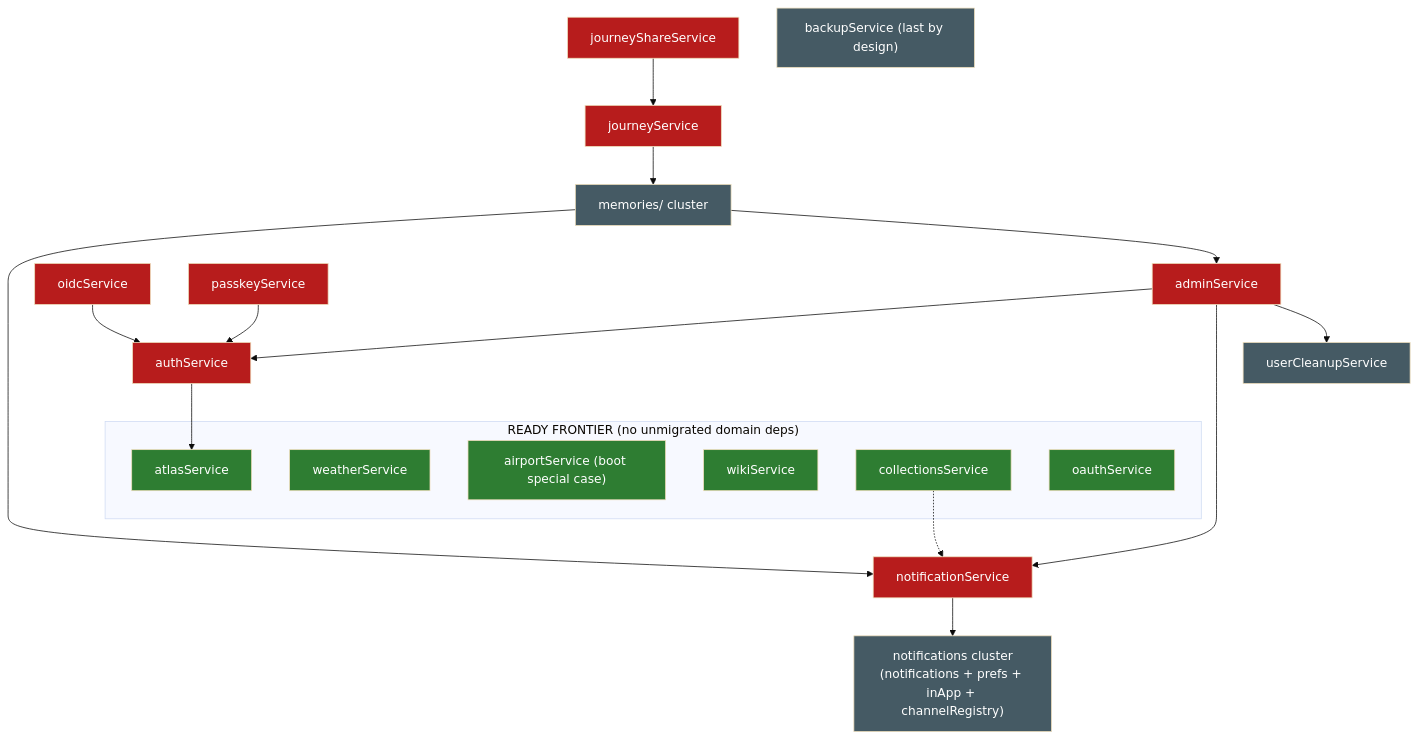
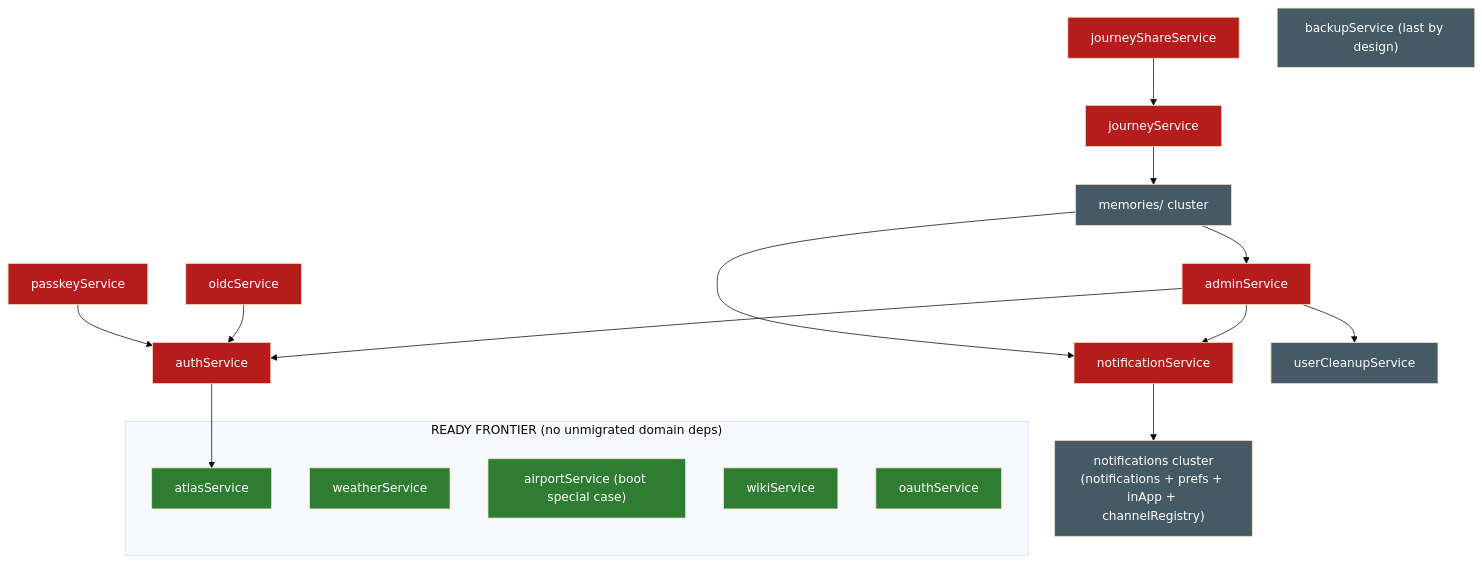
The diagram in migration-graph.md (BeInLife/TREK), drawn with Mermaid (base theme) before and after one commit. The commit also changed other lines of this file and 1 other file, not shown here.

Commit message:
docs: regenerate migration-graph after the collections fold

````diff
--- a/migration-graph.md
+++ b/migration-graph.md
@@ -152,38 +184,36 @@
 ```mermaid
 flowchart TD
   classDef ready fill:#2e7d32,color:#fff
   classDef blocked fill:#b71c1c,color:#fff
   classDef hub fill:#e65100,color:#fff
   classDef infra fill:#455a64,color:#fff
 
   subgraph frontier["READY FRONTIER (no unmigrated domain deps)"]
     atlas[atlasService]:::ready
     weather[weatherService]:::ready
     airport["airportService (boot special case)"]:::ready
     wiki[wikiService]:::ready
-    collections[collectionsService]:::ready
     oauth[oauthService]:::ready
   end
 
   notifSvc[notificationService]:::blocked
   admin[adminService]:::blocked
   auth[authService]:::blocked
   oidc[oidcService]:::blocked
   passkey[passkeyService]:::blocked
   journey[journeyService]:::blocked
   journeyShare[journeyShareService]:::blocked
   backup["backupService (last by design)"]:::infra
   notifCluster["notifications cluster<br/>(notifications + prefs + inApp + channelRegistry)"]:::infra
   memories["memories/ cluster"]:::infra
   cleanup[userCleanupService]:::infra
 
-  collections -.-> notifSvc
   notifSvc --> notifCluster
   admin --> auth & notifSvc & cleanup
   auth --> atlas
   oidc --> auth
   passkey --> auth
   journey --> memories
   journeyShare --> journey
   memories --> notifSvc & admin
 ```
````
